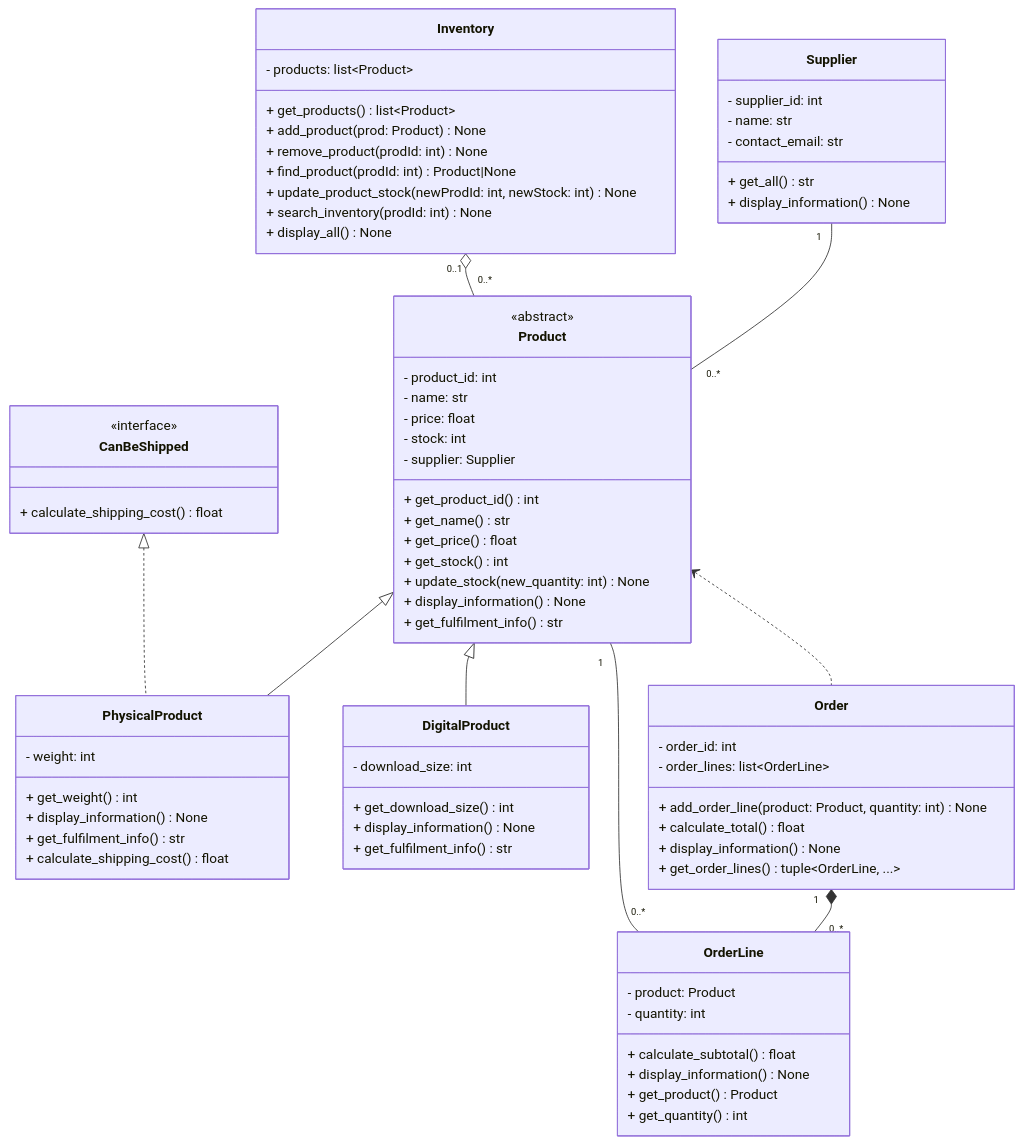
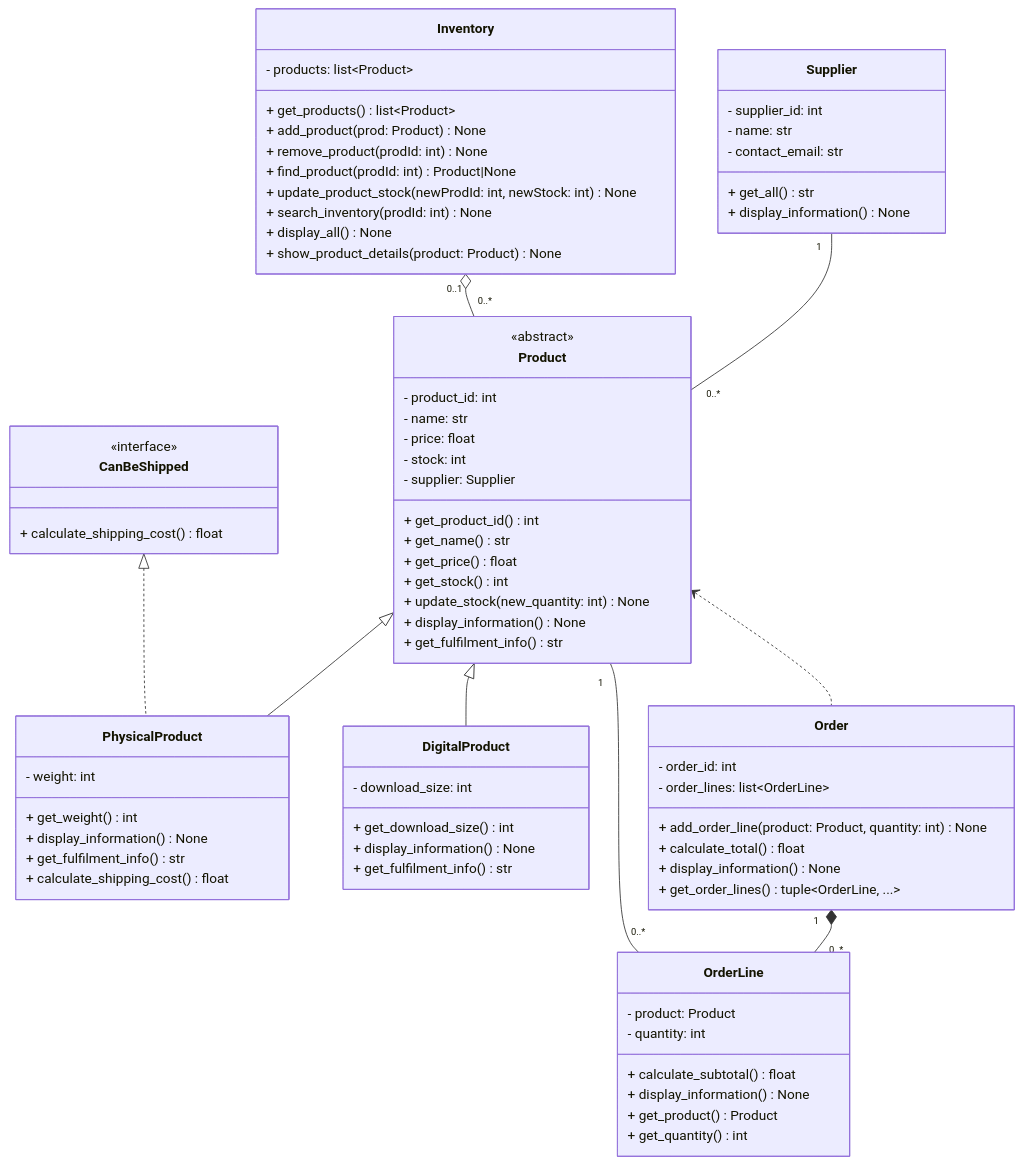
The diagram in UML.mermaid (no-life-tech-nerd/INF1103-Lab8), drawn with Mermaid before and after one commit.

Commit message:
feat(UML): add show_product_details()

```diff
--- a/UML.mermaid
+++ b/UML.mermaid
@@ -1,83 +1,84 @@
 classDiagram
     class Product {
         <<abstract>>
         - product_id: int
         - name: str
         - price: float
         - stock: int
         - supplier: Supplier
         + get_product_id() int
         + get_name() str
         + get_price() float
         + get_stock() int
         + update_stock(new_quantity: int) None
         + display_information() None
         + get_fulfilment_info() str
     }
 
     class PhysicalProduct {
         - weight: int
         + get_weight() int
         + display_information() None
         + get_fulfilment_info() str
         + calculate_shipping_cost() float
     }
 
     class DigitalProduct {
         - download_size: int
         + get_download_size() int
         + display_information() None
         + get_fulfilment_info() str
     }
 
     class CanBeShipped {
         <<interface>>
         + calculate_shipping_cost() float
     }
 
     class Supplier {
         - supplier_id: int
         - name: str
         - contact_email: str
         + get_all() str
         + display_information() None
     }
 
     class Inventory {
         - products: list~Product~
         + get_products() list~Product~
         + add_product(prod: Product) None
         + remove_product(prodId: int) None
         + find_product(prodId: int) Product|None
         + update_product_stock(newProdId: int, newStock: int) None
         + search_inventory(prodId: int) None
         + display_all() None
+        + show_product_details(product: Product) None
     }
 
     class Order {
         - order_id: int
         - order_lines: list~OrderLine~
         + add_order_line(product: Product, quantity: int) None
         + calculate_total() float
         + display_information() None
         + get_order_lines() tuple~OrderLine, ...~
     }
 
     class OrderLine {
         - product: Product
         - quantity: int
         + calculate_subtotal() float
         + display_information() None
         + get_product() Product
         + get_quantity() int
     }
 
     Product <|-- PhysicalProduct
     Product <|-- DigitalProduct
     CanBeShipped <|.. PhysicalProduct
 
     Supplier "1" -- "0..*" Product
     Inventory "0..1" o-- "0..*" Product
     Order "1" *-- "0..*" OrderLine
     OrderLine "0..*" -- "1" Product
     Product <.. Order
```
